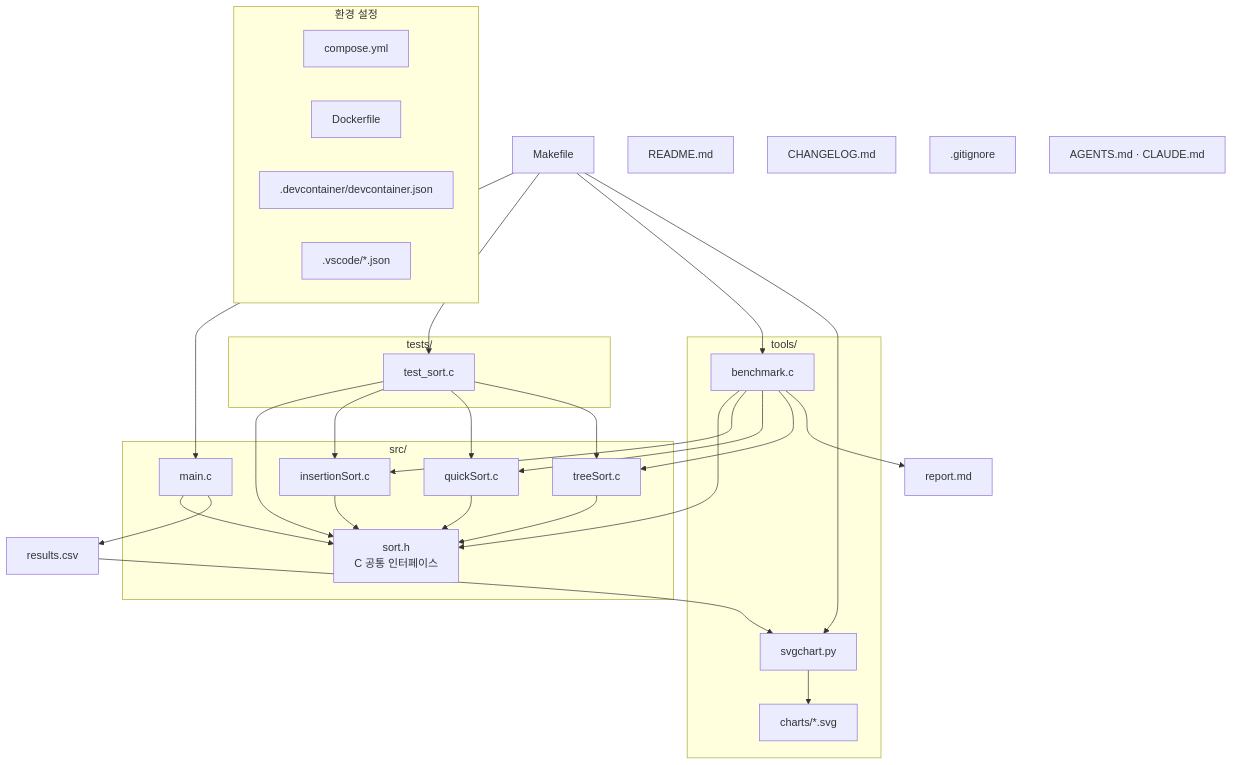
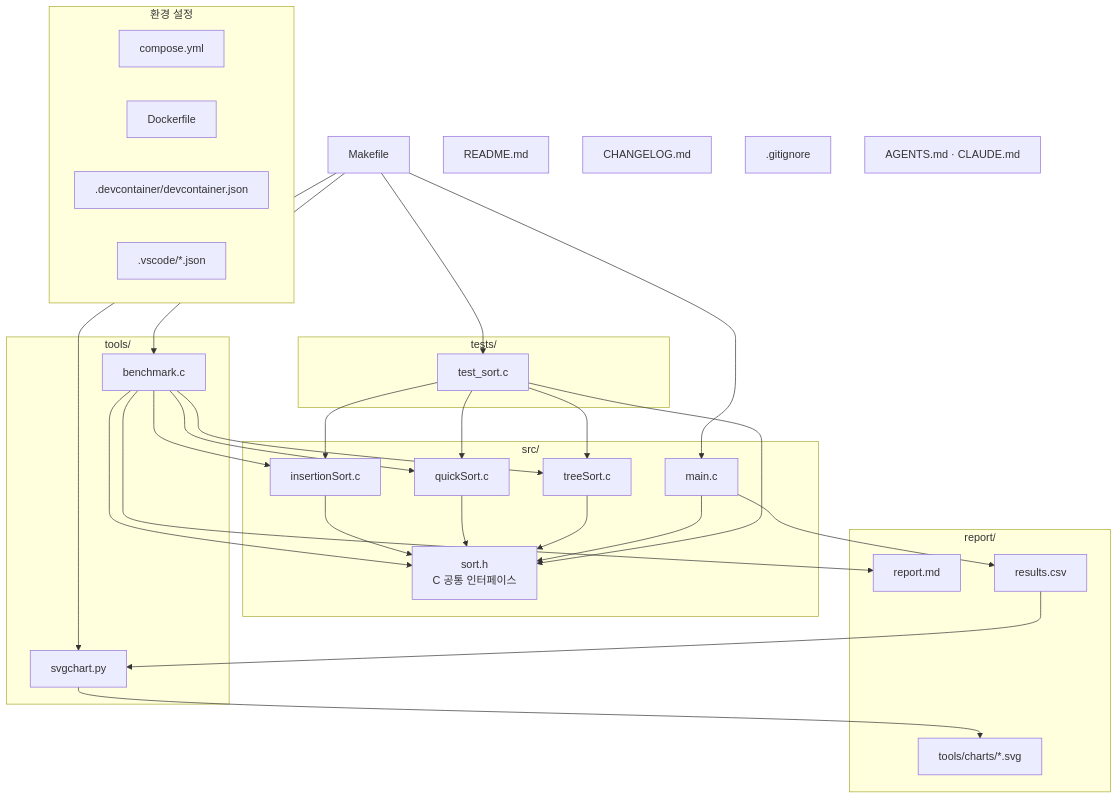
The first of 8 diagrams in report/report.md (ramzz527/hw1-2026-SeminAhn), drawn with Mermaid before and after one commit. The commit also changed other lines of this file and 1 other file, not shown here.

Commit message:
add make charts

````diff
--- a/report/report.md
+++ b/report/report.md
@@ -41,51 +41,53 @@
 ```mermaid
 flowchart TB
     make["Makefile"]
-    report["report.md"]
-    results["results.csv"]
+    subgraph reportdir["report/"]
+        report["report.md"]
+        results["results.csv"]
+        charts["tools/charts/*.svg"]
+    end
     readme["README.md"]
     changelog["CHANGELOG.md"]
     gitignore[".gitignore"]
     instructions["AGENTS.md · CLAUDE.md"]
     subgraph environment["환경 설정"]
         compose["compose.yml"]
         dockerfile["Dockerfile"]
         devcontainer[".devcontainer/devcontainer.json"]
         vscode[".vscode/*.json"]
     end
     subgraph src["src/"]
         header["sort.h\nC 공통 인터페이스"]
         insertion["insertionSort.c"]
         quick["quickSort.c"]
         tree["treeSort.c"]
         main["main.c"]
     end
     subgraph tools["tools/"]
         benchmark["benchmark.c"]
         svgchart["svgchart.py"]
-        charts["charts/*.svg"]
     end
     subgraph tests["tests/"]
         test["test_sort.c"]
     end
     insertion --> header
     quick --> header
     tree --> header
     main --> header
     test --> header
     test --> insertion
     test --> quick
     test --> tree
     benchmark --> header
     benchmark --> insertion
     benchmark --> quick
     benchmark --> tree
     benchmark --> report
     main --> results
     results --> svgchart
     svgchart --> charts
     make --> main
     make --> test
     make --> benchmark
     make --> svgchart
 ```
````
